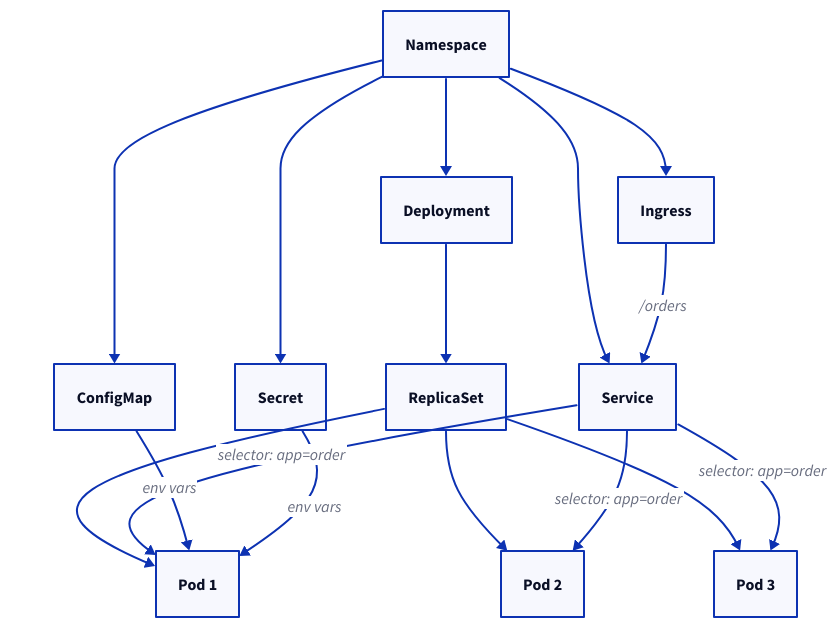
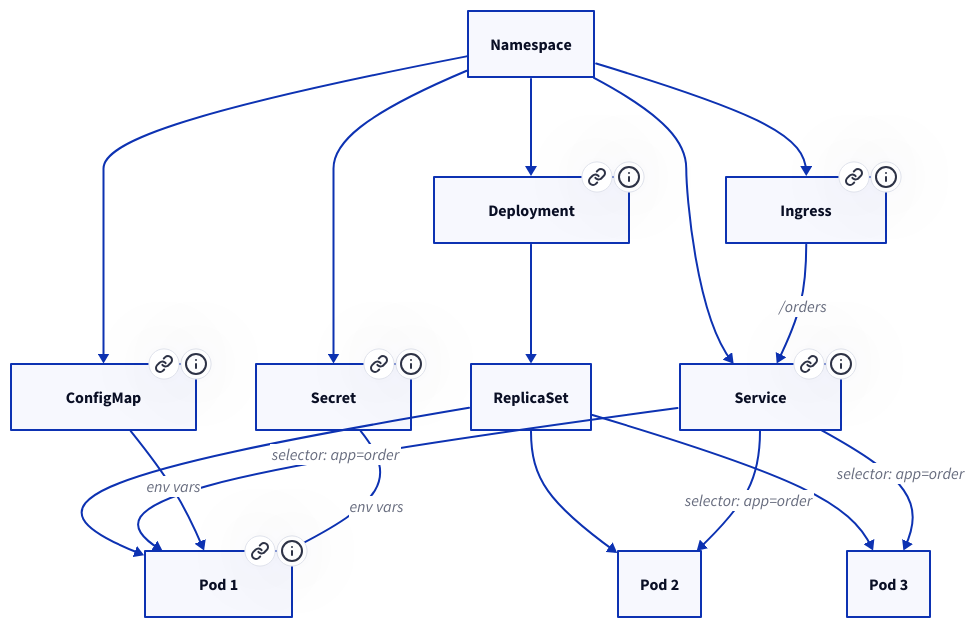
Before and after one commit to vanhiep99w/microservice-learn: the ninth of 14 diagrams in 13-orchestration.md, drawn with D2. The commit also changed other lines of this file and 12 other files, not shown here.

Commit message:
feat: upgrade docs-kit to 0.6.0 and enable interactive diagrams

````diff
--- a/13-orchestration.md
+++ b/13-orchestration.md
@@ -650,28 +652,40 @@
-```d2 title="4.8. Tổng hợp quan hệ giữa các Objects"
+```d2 interactive title="4.8. Tổng hợp quan hệ giữa các Objects"
 direction: down
 n1: "Namespace"
 n2: "Deployment"
 n3: "Service"
 n4: "Ingress"
 n5: "ConfigMap"
 n6: "Secret"
 n7: "ReplicaSet"
 n8: "Pod 1"
 n9: "Pod 2"
 n10: "Pod 3"
+n2.link: "./?source=13-orchestration&snapshot=article&file=snippets%2F4-3-deployment.yaml"
+n2.tooltip: "Mở YAML Deployment"
+n3.link: "./?source=13-orchestration&snapshot=article&file=snippets%2F4-4-service.yaml"
+n3.tooltip: "Mở YAML Service"
+n4.link: "./?source=13-orchestration&snapshot=article&file=snippets%2F4-5-ingress.yaml"
+n4.tooltip: "Mở YAML Ingress"
+n5.link: "./?source=13-orchestration&snapshot=article&file=snippets%2F4-6-configmap-secret.yaml"
+n5.tooltip: "Mở YAML ConfigMap"
+n6.link: "./?source=13-orchestration&snapshot=article&file=snippets%2F4-6-configmap-secret-2.yaml"
+n6.tooltip: "Mở YAML Secret — chỉ chứa dữ liệu minh họa"
+n8.link: "./?source=13-orchestration&snapshot=article&file=snippets%2F4-1-pod.yaml"
+n8.tooltip: "Mở YAML Pod minh họa"
 n1 -> n2
 n1 -> n3
 n1 -> n4
 n1 -> n5
 n1 -> n6
 n2 -> n7
 n7 -> n8
 n7 -> n9
 n7 -> n10
 n3 -> n8: "selector: app=order"
 n3 -> n9: "selector: app=order"
 n3 -> n10: "selector: app=order"
 n4 -> n3: "/orders"
 n5 -> n8: "env vars"
 n6 -> n8: "env vars"
 ```
````
